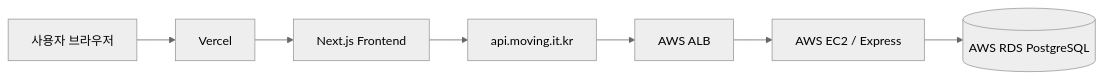
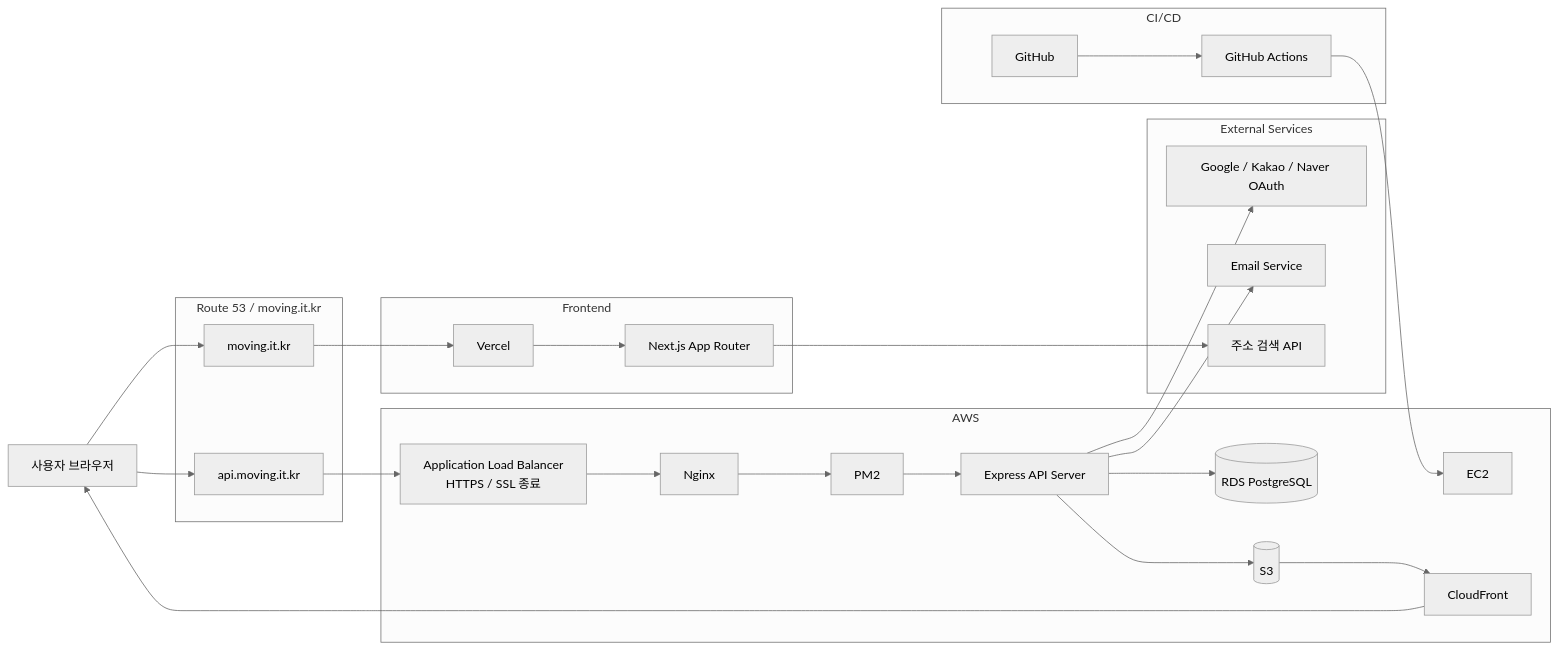
One commit to kimchanhee0309/Moving-FE-Team1 changed the diagram in README.md. Above: the diagram before and after it, drawn with Mermaid (neutral theme). The commit also changed other lines of this file, not shown here.

````diff
--- a/README.md
+++ b/README.md
@@ -389,9 +99,58 @@
 ```mermaid
 flowchart LR
-    U[사용자 브라우저] --> V[Vercel]
-    V --> FE[Next.js Frontend]
-    FE --> API[api.moving.it.kr]
-    API --> ALB[AWS ALB]
-    ALB --> EC2[AWS EC2 / Express]
-    EC2 --> RDS[(AWS RDS PostgreSQL)]
+    USER[사용자 브라우저]
+
+    subgraph DOMAIN[Route 53 / moving.it.kr]
+        FE_DOMAIN[moving.it.kr]
+        API_DOMAIN[api.moving.it.kr]
+    end
+
+    subgraph FRONTEND[Frontend]
+        VERCEL[Vercel]
+        NEXT[Next.js App Router]
+    end
+
+    subgraph AWS[AWS]
+        ALB[Application Load Balancer<br/>HTTPS / SSL 종료]
+        EC2[EC2]
+        NGINX[Nginx]
+        PM2[PM2]
+        EXPRESS[Express API Server]
+        RDS[(RDS PostgreSQL)]
+        S3[(S3)]
+        CLOUDFRONT[CloudFront]
+    end
+
+    subgraph EXTERNAL[External Services]
+        OAUTH[Google / Kakao / Naver OAuth]
+        MAIL[Email Service]
+        ADDRESS[주소 검색 API]
+    end
+
+    subgraph CICD[CI/CD]
+        GITHUB[GitHub]
+        ACTIONS[GitHub Actions]
+    end
+
+    USER --> FE_DOMAIN
+    FE_DOMAIN --> VERCEL
+    VERCEL --> NEXT
+
+    USER --> API_DOMAIN
+    API_DOMAIN --> ALB
+    ALB --> NGINX
+    NGINX --> PM2
+    PM2 --> EXPRESS
+
+    EXPRESS --> RDS
+    EXPRESS --> S3
+    S3 --> CLOUDFRONT
+    CLOUDFRONT --> USER
+
+    EXPRESS --> OAUTH
+    EXPRESS --> MAIL
+    NEXT --> ADDRESS
+
+    GITHUB --> ACTIONS
+    ACTIONS --> EC2
 ```
````
